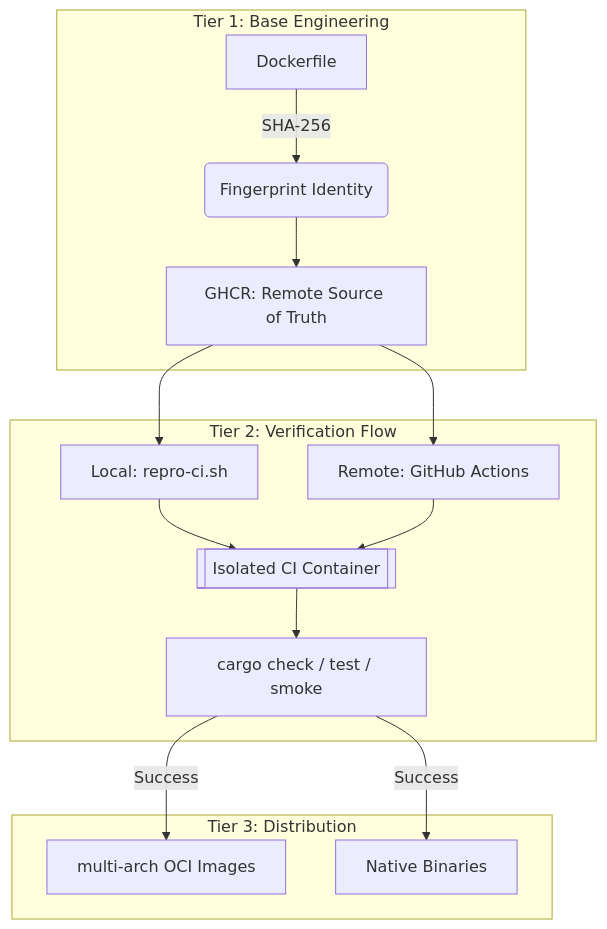
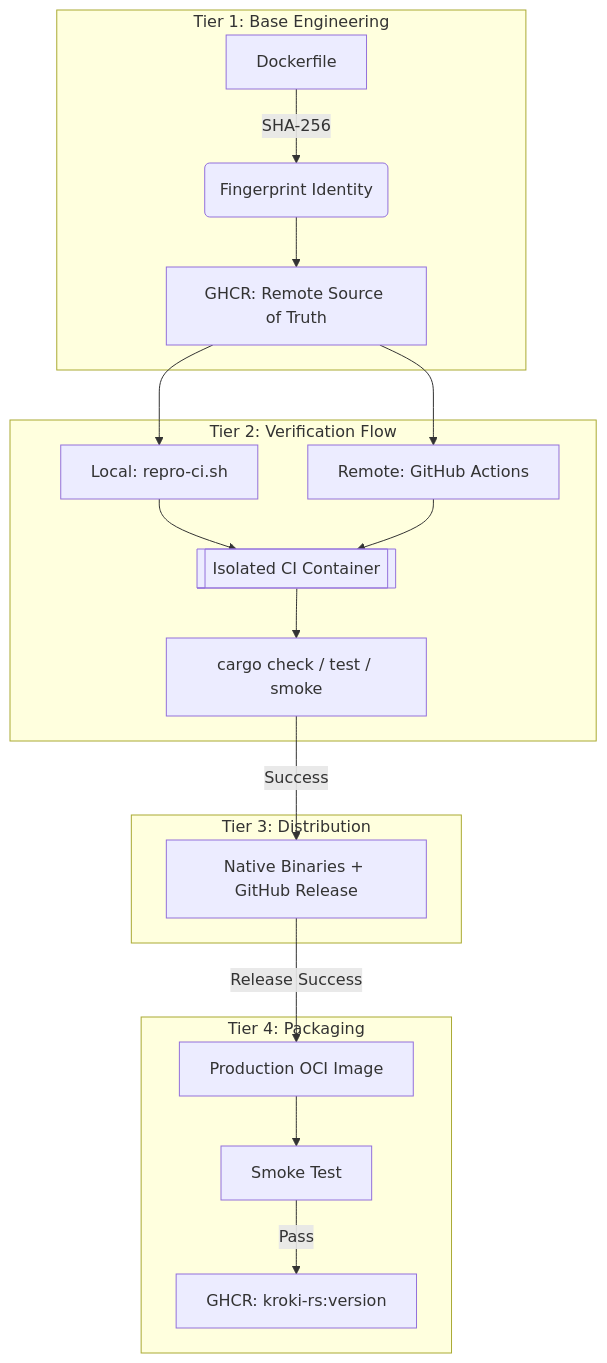
Before and after one commit to softmentor/kroki-rs: the diagram in docs/developer-guide/04-infrastructure/overview.md, drawn with Mermaid. The commit also changed other lines of this file and 2 other files, not shown here.

Commit message:
feat(ci): add publish-packages.yml and update infrastructure docs
- Add publish-packages.yml: production image build with smoke tests,
  triggered on successful release.yml completion. Builds multi-arch
  (amd64/arm64), runs health + diagram rendering smoke tests, pushes
  to GHCR as kroki-rs:<version> with OCI traceability labels.
  Cosign signing and SBOM generation scaffolded as placeholders.

- Update automation.md: reflect current 3-job CI pipeline (Prep ->
  Build -> Verify with concurrent checks via gh-check-wrapper.sh),
  document PR status checks, 4-tier pipeline, image separation
  (CI/Base private, Production public), cache key strategy.

- Update overview.md: 3-tier -> 4-tier architecture diagram with
  new Packaging tier for production OCI image.

````diff
--- a/docs/developer-guide/04-infrastructure/overview.md
+++ b/docs/developer-guide/04-infrastructure/overview.md
@@ -25,20 +25,25 @@
 ```mermaid
 graph TD
     subgraph "Tier 1: Base Engineering"
         A[Dockerfile] -->|SHA-256| B(Fingerprint Identity)
         B --> C[GHCR: Remote Source of Truth]
     end
 
     subgraph "Tier 2: Verification Flow"
         C --> D[Local: repro-ci.sh]
         C --> E[Remote: GitHub Actions]
         D --> F[[Isolated CI Container]]
         E --> F
         F --> G[cargo check / test / smoke]
     end
 
     subgraph "Tier 3: Distribution"
-        G -->|Success| H[multi-arch OCI Images]
-        G -->|Success| I[Native Binaries]
+        G -->|Success| I[Native Binaries + GitHub Release]
+    end
+
+    subgraph "Tier 4: Packaging"
+        I -->|Release Success| J[Production OCI Image]
+        J --> K[Smoke Test]
+        K -->|Pass| L["GHCR: kroki-rs:version"]
     end
 ```
````
